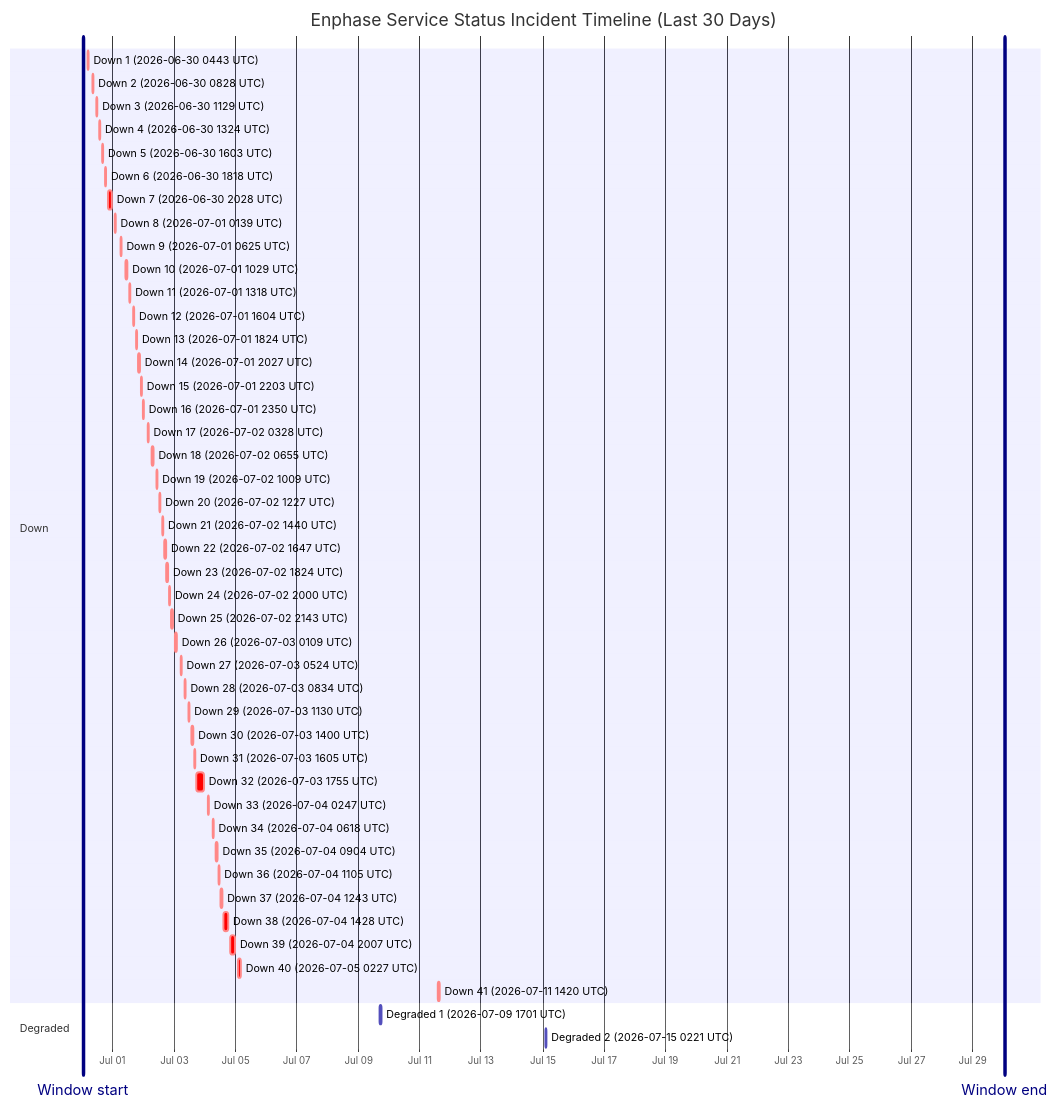
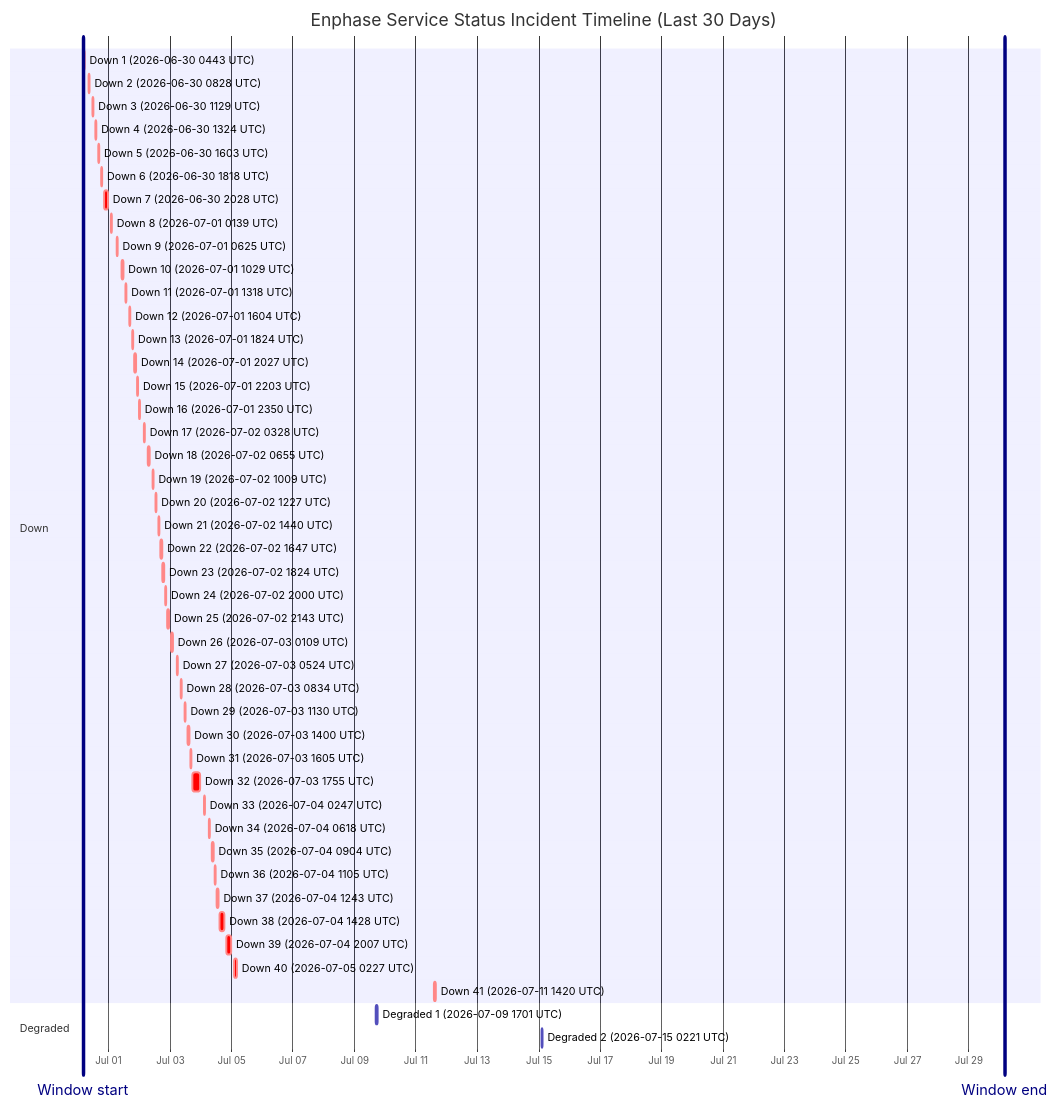
Before and after one commit to barneyonline/ha-enphase-energy: the diagram in wiki/Service-Status-History.md, drawn with Mermaid. The commit also changed other lines of this file and 3 other files, not shown here.

````diff
--- a/wiki/Service-Status-History.md
+++ b/wiki/Service-Status-History.md
@@ -14,53 +14,53 @@
 ```mermaid
 gantt
     title Enphase Service Status Incident Timeline (Last 30 Days)
     dateFormat  YYYY-MM-DDTHH:mm:ss
     axisFormat  %b %d
-    Window start :vert, window-start, 2026-06-30T00:53:52, 0ms
-    Window end :vert, window-end, 2026-07-30T00:53:52, 0ms
+    Window start :vert, window-start, 2026-06-30T03:55:11, 0ms
+    Window end :vert, window-end, 2026-07-30T03:55:11, 0ms
     section Down
     Down 1 (2026-06-30 0443 UTC) :crit, down-1, 2026-06-30T04:43:54, 60m
     Down 2 (2026-06-30 0828 UTC) :crit, down-2, 2026-06-30T08:28:43, 60m
     Down 3 (2026-06-30 1129 UTC) :crit, down-3, 2026-06-30T11:29:15, 60m
     Down 4 (2026-06-30 1324 UTC) :crit, down-4, 2026-06-30T13:24:25, 60m
     Down 5 (2026-06-30 1603 UTC) :crit, down-5, 2026-06-30T16:03:26, 60m
     Down 6 (2026-06-30 1818 UTC) :crit, down-6, 2026-06-30T18:18:39, 60m
     Down 7 (2026-06-30 2028 UTC) :crit, down-7, 2026-06-30T20:28:54, 171m
     Down 8 (2026-07-01 0139 UTC) :crit, down-8, 2026-07-01T01:39:18, 60m
     Down 9 (2026-07-01 0625 UTC) :crit, down-9, 2026-07-01T06:25:35, 60m
     Down 10 (2026-07-01 1029 UTC) :crit, down-10, 2026-07-01T10:29:24, 60m
     Down 11 (2026-07-01 1318 UTC) :crit, down-11, 2026-07-01T13:18:31, 60m
     Down 12 (2026-07-01 1604 UTC) :crit, down-12, 2026-07-01T16:04:29, 60m
     Down 13 (2026-07-01 1824 UTC) :crit, down-13, 2026-07-01T18:24:21, 60m
     Down 14 (2026-07-01 2027 UTC) :crit, down-14, 2026-07-01T20:27:17, 60m
     Down 15 (2026-07-01 2203 UTC) :crit, down-15, 2026-07-01T22:03:46, 60m
     Down 16 (2026-07-01 2350 UTC) :crit, down-16, 2026-07-01T23:50:52, 60m
     Down 17 (2026-07-02 0328 UTC) :crit, down-17, 2026-07-02T03:28:33, 60m
     Down 18 (2026-07-02 0655 UTC) :crit, down-18, 2026-07-02T06:55:07, 60m
     Down 19 (2026-07-02 1009 UTC) :crit, down-19, 2026-07-02T10:09:15, 60m
     Down 20 (2026-07-02 1227 UTC) :crit, down-20, 2026-07-02T12:27:49, 60m
     Down 21 (2026-07-02 1440 UTC) :crit, down-21, 2026-07-02T14:40:53, 60m
     Down 22 (2026-07-02 1647 UTC) :crit, down-22, 2026-07-02T16:47:47, 60m
     Down 23 (2026-07-02 1824 UTC) :crit, down-23, 2026-07-02T18:24:26, 60m
     Down 24 (2026-07-02 2000 UTC) :crit, down-24, 2026-07-02T20:00:57, 60m
     Down 25 (2026-07-02 2143 UTC) :crit, down-25, 2026-07-02T21:43:52, 80m
     Down 26 (2026-07-03 0109 UTC) :crit, down-26, 2026-07-03T01:09:19, 60m
     Down 27 (2026-07-03 0524 UTC) :crit, down-27, 2026-07-03T05:24:23, 60m
     Down 28 (2026-07-03 0834 UTC) :crit, down-28, 2026-07-03T08:34:05, 60m
     Down 29 (2026-07-03 1130 UTC) :crit, down-29, 2026-07-03T11:30:41, 60m
     Down 30 (2026-07-03 1400 UTC) :crit, down-30, 2026-07-03T14:00:48, 60m
     Down 31 (2026-07-03 1605 UTC) :crit, down-31, 2026-07-03T16:05:49, 60m
     Down 32 (2026-07-03 1755 UTC) :crit, down-32, 2026-07-03T17:55:54, 338m
     Down 33 (2026-07-04 0247 UTC) :crit, down-33, 2026-07-04T02:47:22, 60m
     Down 34 (2026-07-04 0618 UTC) :crit, down-34, 2026-07-04T06:18:09, 60m
     Down 35 (2026-07-04 0904 UTC) :crit, down-35, 2026-07-04T09:04:41, 60m
     Down 36 (2026-07-04 1105 UTC) :crit, down-36, 2026-07-04T11:05:21, 60m
     Down 37 (2026-07-04 1243 UTC) :crit, down-37, 2026-07-04T12:43:25, 60m
     Down 38 (2026-07-04 1428 UTC) :crit, down-38, 2026-07-04T14:28:07, 243m
     Down 39 (2026-07-04 2007 UTC) :crit, down-39, 2026-07-04T20:07:50, 206m
     Down 40 (2026-07-05 0227 UTC) :crit, down-40, 2026-07-05T02:27:32, 109m
     Down 41 (2026-07-11 1420 UTC) :crit, down-41, 2026-07-11T14:20:54, 69m
     section Degraded
     Degraded 1 (2026-07-09 1701 UTC) :active, degraded-1, 2026-07-09T17:01:02, 60m
     Degraded 2 (2026-07-15 0221 UTC) :active, degraded-2, 2026-07-15T02:21:35, 60m
 ```
````
